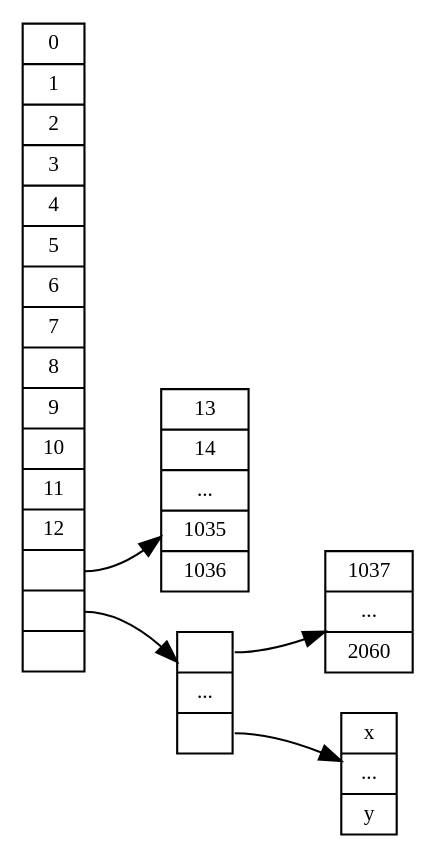
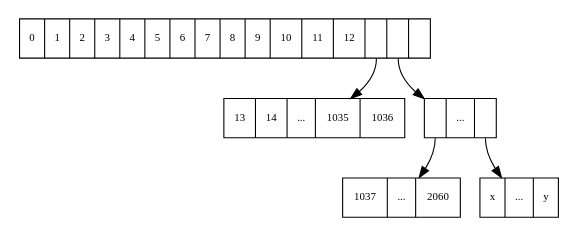
One commit to dezgeg/gradu changed the diagram in gfx/ext2-blocks.dot. Above: the diagram before and after it, drawn with Graphviz. The commit also changed 1 other file, not shown here.

Commit message:
Flip ext2 block tree figure

```diff
--- a/gfx/ext2-blocks.dot
+++ b/gfx/ext2-blocks.dot
@@ -1,18 +1,18 @@
 digraph ext2 {
     //splines = false;
-    rankdir = LR;
+    rankdir = UD;
     //nodesep = 0;
     //ranksep = 0.5;
     node[fontsize = 10,width=0.3];
     size = "4.0,6.0!";
 
     inode [shape=record,label="0|1|2|3|4|5|6|7|8|9|10|11|12|<idp1>|<idp2>|<idp3>"];
     idb1 [shape=record,label="13|14|...|1035|1036"];
     idb2 [shape=record,label="<idp2_0>|...|<idp2_1023>"];
     idb2_0 [shape=record,label="1037|...|2060"];
     idb2_1023 [shape=record,label="x|...|y"];
     inode:idp1 -> idb1;
     inode:idp2 -> idb2;
     idb2:idp2_0 -> idb2_0;
     idb2:idp2_1023 -> idb2_1023;
 }
```
